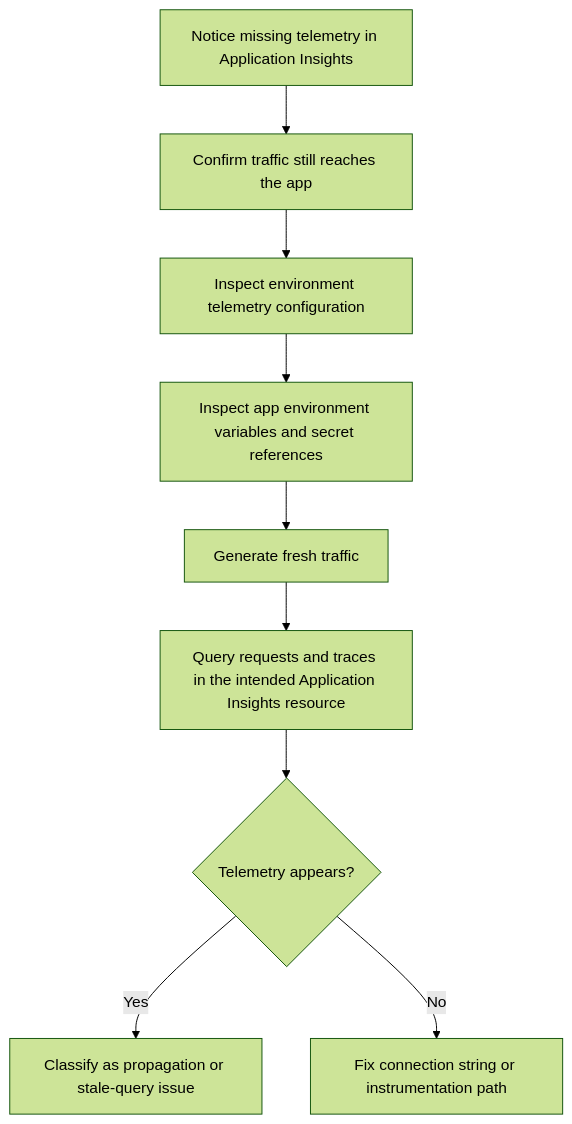
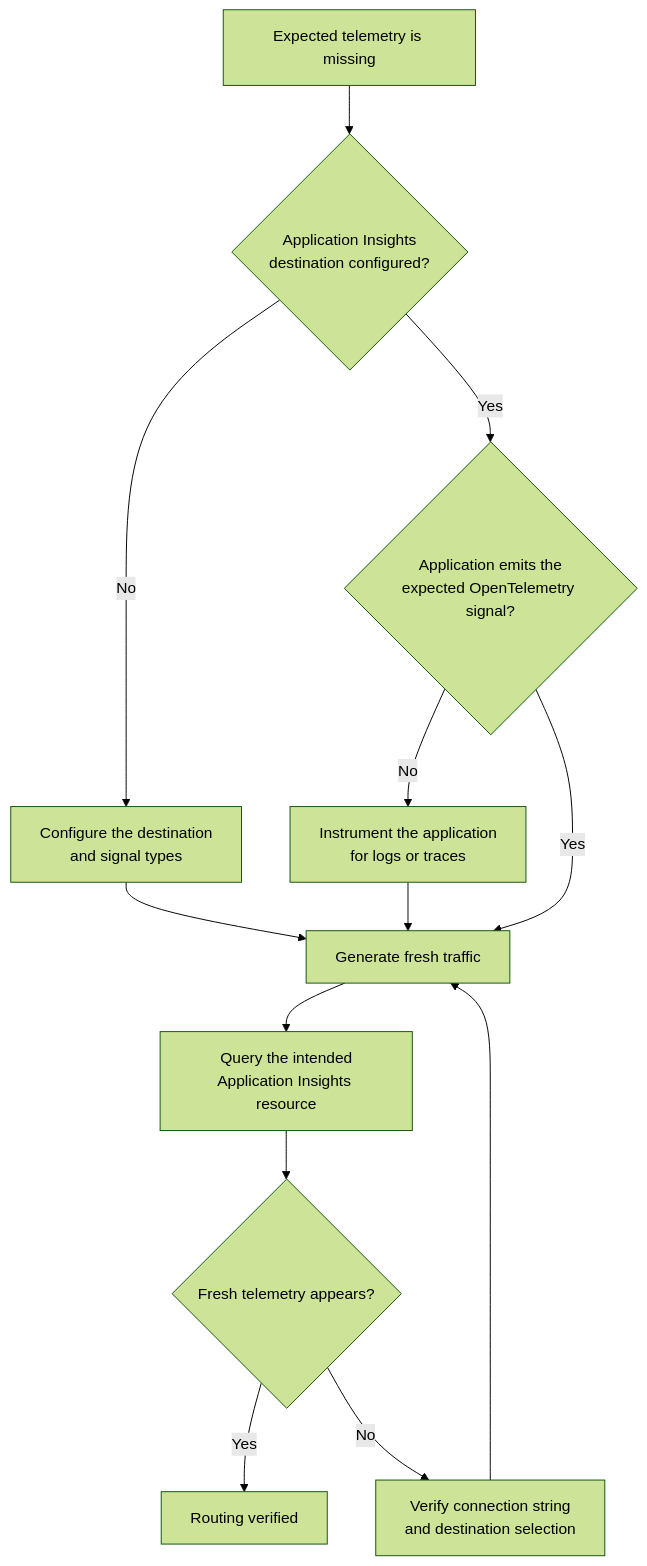
The diagram in docs/troubleshooting/playbooks/observability/appinsights-connection-string-missing.md (yeongseon/azure-container-apps-practical-guide), drawn with Mermaid (forest theme) before and after one commit. The commit also changed other lines of this file and 28 other files, not shown here.

Commit message:
docs(diagrams): migrate playbook diagnostic flows (#627)

````diff
--- a/docs/troubleshooting/playbooks/observability/appinsights-connection-string-missing.md
+++ b/docs/troubleshooting/playbooks/observability/appinsights-connection-string-missing.md
@@ -48,11 +48,18 @@
 ```mermaid
 flowchart TD
-    A[Notice missing telemetry in Application Insights] --> B[Confirm traffic still reaches the app]
-    B --> C[Inspect environment telemetry configuration]
-    C --> D[Inspect app environment variables and secret references]
-    D --> E[Generate fresh traffic]
-    E --> F[Query requests and traces in the intended Application Insights resource]
-    F --> G{Telemetry appears?}
-    G -->|Yes| H[Classify as propagation or stale-query issue]
-    G -->|No| I[Fix connection string or instrumentation path]
+    accTitle: Diagnose missing Application Insights telemetry
+    accDescr: Determine whether the managed OpenTelemetry destination, application instrumentation, fresh traffic, and selected Application Insights resource are correct before changing configuration.
+
+    START[Expected telemetry is missing] --> DEST{Application Insights<br/>destination configured?}
+    DEST -->|No| CONFIG[Configure the destination<br/>and signal types]
+    DEST -->|Yes| SDK{Application emits the<br/>expected OpenTelemetry signal?}
+    SDK -->|No| INSTRUMENT[Instrument the application<br/>for logs or traces]
+    SDK -->|Yes| TRAFFIC[Generate fresh traffic]
+    CONFIG --> TRAFFIC
+    INSTRUMENT --> TRAFFIC
+    TRAFFIC --> QUERY[Query the intended<br/>Application Insights resource]
+    QUERY --> FOUND{Fresh telemetry appears?}
+    FOUND -->|Yes| DONE[Routing verified]
+    FOUND -->|No| CONNECTION[Verify connection string<br/>and destination selection]
+    CONNECTION --> TRAFFIC
 ```
````
